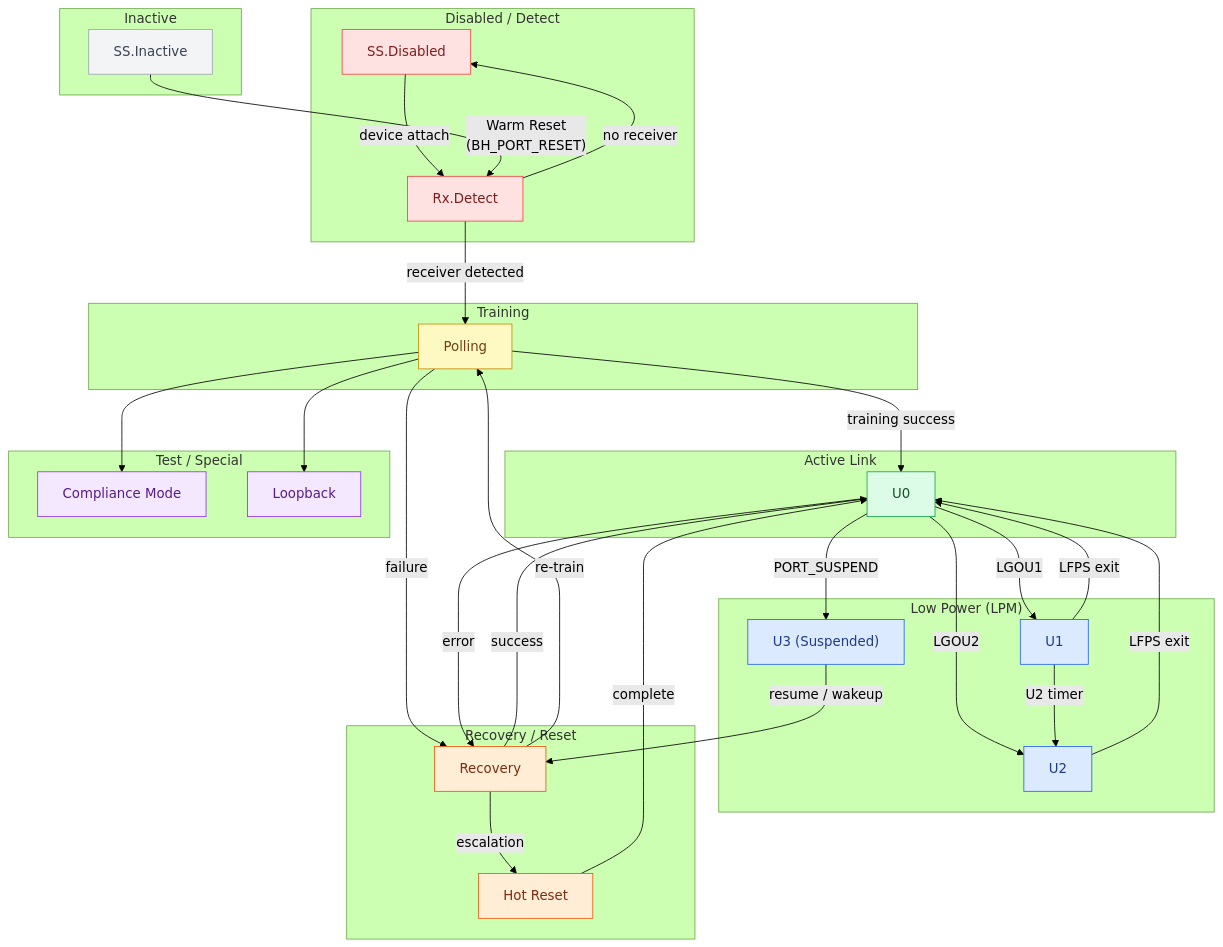
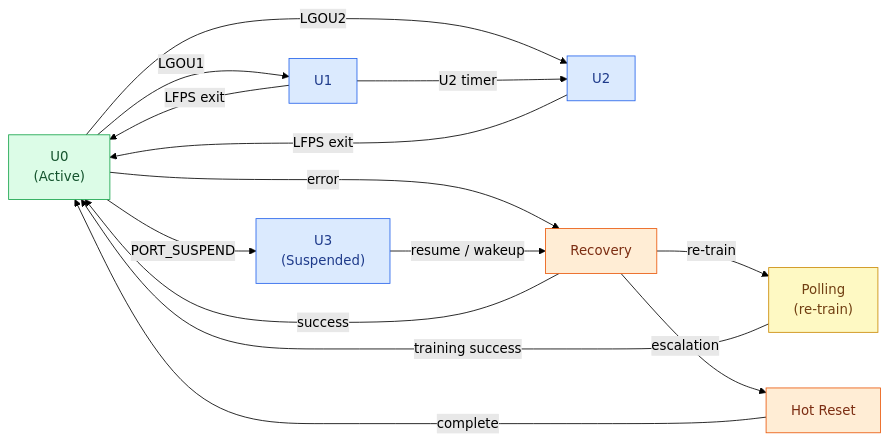
The second of 2 diagrams in specs/en/usb3/ss_ltssm.md (Gavin0099/usb-if-hub-spec-reference), drawn with Mermaid (forest theme) before and after one commit. The commit also changed other lines of this file and 2 other files, not shown here.

Commit message:
fix(diagram): split LTSSM TD diagram into 2 focused LR diagrams for readability
Replace single flowchart TD (21 nodes, 7 subgraphs) with two flowchart LR
diagrams: Diagram 1 covers link startup/training path; Diagram 2 covers
U-state power management and recovery. LR direction spreads nodes
horizontally for legibility at typical viewport widths.

Add Mermaid scroll CSS to custom.css: min-width 520px + overflow-x auto
prevents SVG from being compressed below readable size.

ZH + EN both updated. Build 0 errors.

````diff
--- a/specs/en/usb3/ss_ltssm.md
+++ b/specs/en/usb3/ss_ltssm.md
@@ -60,77 +98,37 @@
 ```mermaid
-flowchart TD
-    classDef disabled fill:#fee2e2,stroke:#ef4444,color:#7f1d1d
-    classDef inactive fill:#f3f4f6,stroke:#9ca3af,color:#374151
-    classDef training fill:#fef9c3,stroke:#ca8a04,color:#713f12
+flowchart LR
     classDef active fill:#dcfce7,stroke:#16a34a,color:#14532d
     classDef lowpower fill:#dbeafe,stroke:#2563eb,color:#1e3a8a
     classDef recovery fill:#ffedd5,stroke:#ea580c,color:#7c2d12
-    classDef test fill:#f3e8ff,stroke:#9333ea,color:#581c87
+    classDef training fill:#fef9c3,stroke:#ca8a04,color:#713f12
 
-    subgraph DD["Disabled / Detect"]
-        SS_Disabled["SS.Disabled"]:::disabled
-        Rx_Detect["Rx.Detect"]:::disabled
-    end
+    U0["U0\n(Active)"]:::active
+    U1["U1"]:::lowpower
+    U2["U2"]:::lowpower
+    U3["U3\n(Suspended)"]:::lowpower
+    Recovery["Recovery"]:::recovery
+    HotReset["Hot Reset"]:::recovery
+    Polling["Polling\n(re-train)"]:::training
 
-    subgraph IA["Inactive"]
-        SS_Inactive["SS.Inactive"]:::inactive
-    end
-
-    subgraph TR["Training"]
-        Polling["Polling"]:::training
-    end
-
-    subgraph AL["Active Link"]
-        U0["U0"]:::active
-    end
-
-    subgraph LP["Low Power (LPM)"]
-        U1["U1"]:::lowpower
-        U2["U2"]:::lowpower
-        U3["U3 (Suspended)"]:::lowpower
-    end
-
-    subgraph RR["Recovery / Reset"]
-        Recovery["Recovery"]:::recovery
-        HotReset["Hot Reset"]:::recovery
-    end
-
-    subgraph TS["Test / Special"]
-        Compliance["Compliance Mode"]:::test
-        Loopback["Loopback"]:::test
-    end
-
-    SS_Disabled -->|"device attach"| Rx_Detect
-    SS_Inactive -->|"Warm Reset\n(BH_PORT_RESET)"| Rx_Detect
-    Rx_Detect -->|"receiver detected"| Polling
-    Rx_Detect -->|"no receiver"| SS_Disabled
-    Polling -->|"training success"| U0
-    Polling -->|"failure"| Recovery
-    Polling --> Compliance
-    Polling --> Loopback
     U0 -->|"LGOU1"| U1
     U0 -->|"LGOU2"| U2
     U0 -->|"PORT_SUSPEND"| U3
     U0 -->|"error"| Recovery
     U1 -->|"LFPS exit"| U0
     U1 -->|"U2 timer"| U2
     U2 -->|"LFPS exit"| U0
     U3 -->|"resume / wakeup"| Recovery
     Recovery -->|"success"| U0
     Recovery -->|"re-train"| Polling
     Recovery -->|"escalation"| HotReset
     HotReset -->|"complete"| U0
+    Polling -->|"training success"| U0
 
     click U0 "./ss_port_state_machine#u-state-transition-rules-hub-port-management-layer" "U-State Transition Rules"
     click U1 "./ss_port_state_machine#u-state-transition-rules-hub-port-management-layer" "U-State Transition Rules"
     click U2 "./ss_port_state_machine#u-state-transition-rules-hub-port-management-layer" "U-State Transition Rules"
     click U3 "./ss_port_state_machine#u-state-transition-rules-hub-port-management-layer" "U-State Transition Rules"
-    click SS_Disabled "#high-level-transition-orientation" "Transition Orientation Table"
-    click Rx_Detect "#high-level-transition-orientation" "Transition Orientation Table"
-    click Polling "#high-level-transition-orientation" "Transition Orientation Table"
     click Recovery "#high-level-transition-orientation" "Transition Orientation Table"
     click HotReset "#high-level-transition-orientation" "Transition Orientation Table"
-    click SS_Inactive "#high-level-transition-orientation" "Transition Orientation Table"
-    click Compliance "#hub-port-state-relationship" "Hub Port State Relationship"
-    click Loopback "#hub-port-state-relationship" "Hub Port State Relationship"
+    click Polling "#high-level-transition-orientation" "Transition Orientation Table"
 ```
````
